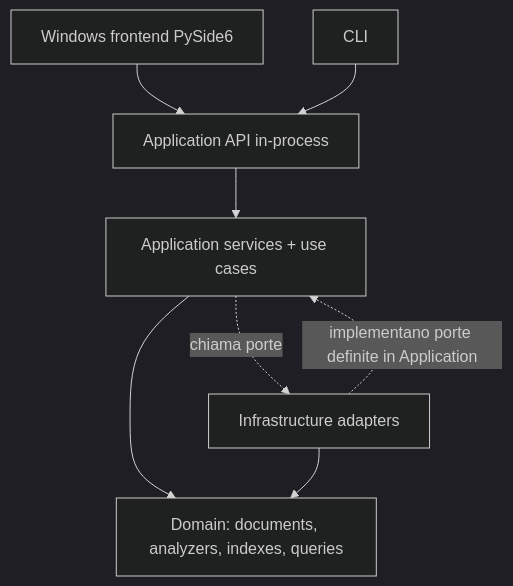
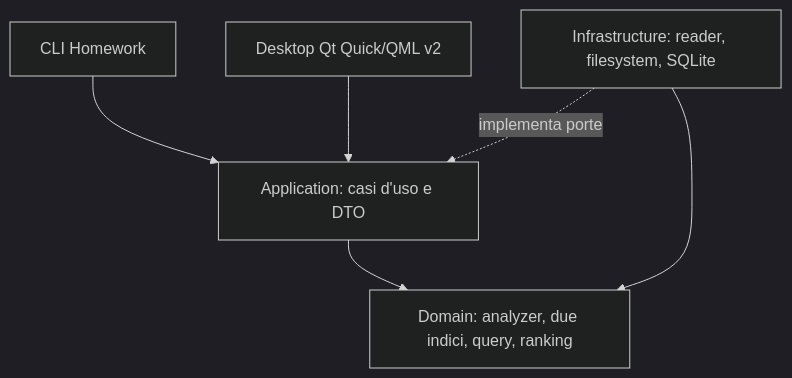
Before and after one commit to Forest904/local-document-search: the diagram in docs/ARCHITECTURE.md, drawn with Mermaid (dark theme). The commit also changed other lines of this file and 63 other files, not shown here.

First line of the commit message:
docs: riprogetta la documentazione dalla v1 alla roadmap v2

````diff
--- a/docs/ARCHITECTURE.md
+++ b/docs/ARCHITECTURE.md
@@ -15,10 +5,8 @@
 ```mermaid
 flowchart TB
-  UI[Windows frontend PySide6] --> API[Application API in-process]
-  CLI[CLI] --> API
-  API --> APP[Application services + use cases]
-  APP --> DOM[Domain: documents, analyzers, indexes, queries]
-  INF[Infrastructure adapters] -. implementano porte definite in Application .-> APP
+  CLI[CLI Homework] --> APP[Application: casi d'uso e DTO]
+  QML[Desktop Qt Quick/QML v2] --> APP
+  APP --> DOM[Domain: analyzer, due indici, query, ranking]
+  INF[Infrastructure: reader, filesystem, SQLite] -. implementa porte .-> APP
   INF --> DOM
-  APP -. chiama porte .-> INF
 ```
````
